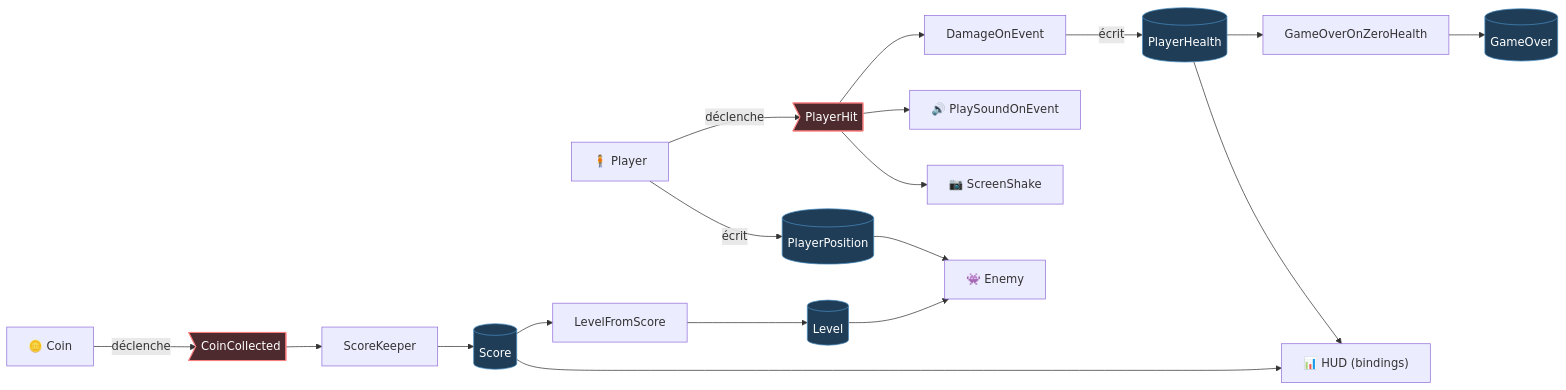
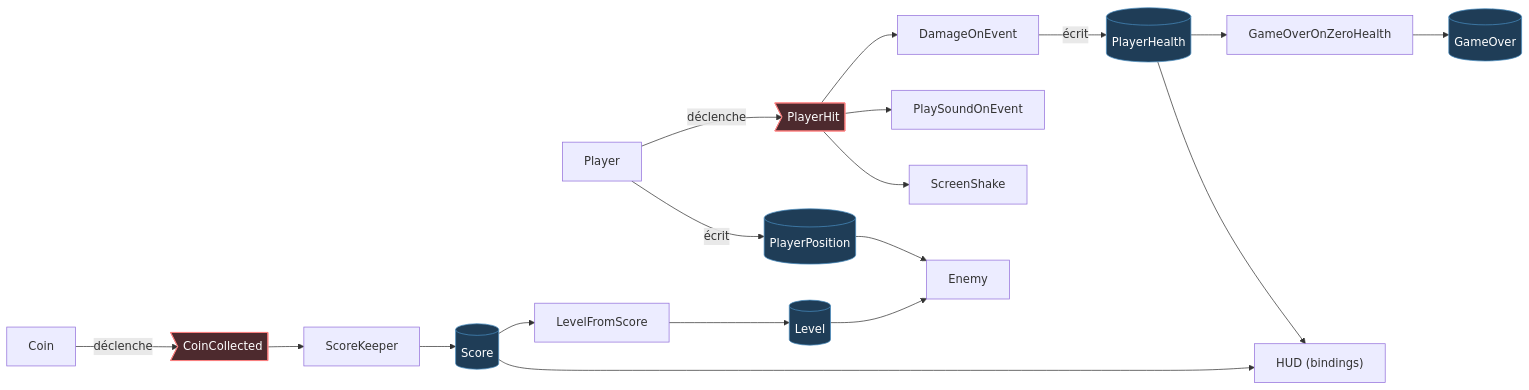
The third of 3 diagrams in presentation/slides.md (joranmarcy/Godot-MEDS-Comparison), drawn with Mermaid before and after one commit. The commit also changed other lines of this file, not shown here.

````diff
--- a/presentation/slides.md
+++ b/presentation/slides.md
@@ -927,24 +921,24 @@
 ```mermaid
 flowchart LR
-  Player["🧍 Player"] -- "écrit" --> PP[("PlayerPosition")]
-  PP --> Enemy["👾 Enemy"]
+  Player["Player"] -- "écrit" --> PP[("PlayerPosition")]
+  PP --> Enemy["Enemy"]
   Player -- "déclenche" --> PH>"PlayerHit"]
-  PH --> Shake["📷 ScreenShake"]
-  PH --> SFX["🔊 PlaySoundOnEvent"]
+  PH --> Shake["ScreenShake"]
+  PH --> SFX["PlaySoundOnEvent"]
   PH --> DMG["DamageOnEvent"]
   DMG -- "écrit" --> HP[("PlayerHealth")]
-  HP --> HUD["📊 HUD (bindings)"]
+  HP --> HUD["HUD (bindings)"]
   HP --> GOZ["GameOverOnZeroHealth"]
   GOZ --> GO[("GameOver")]
-  Coin["🪙 Coin"] -- "déclenche" --> CC>"CoinCollected"]
+  Coin["Coin"] -- "déclenche" --> CC>"CoinCollected"]
   CC --> SK["ScoreKeeper"]
   SK --> SC[("Score")]
   SC --> HUD
   SC --> LFS["LevelFromScore"]
   LFS --> LV[("Level")]
   LV --> Enemy
   classDef var fill:#1f3d57,stroke:#478cbf,color:#fff
   classDef evt fill:#4d2a2e,stroke:#fc7f7f,color:#fff
   class PP,HP,GO,SC,LV var
   class PH,CC evt
 ```
````
